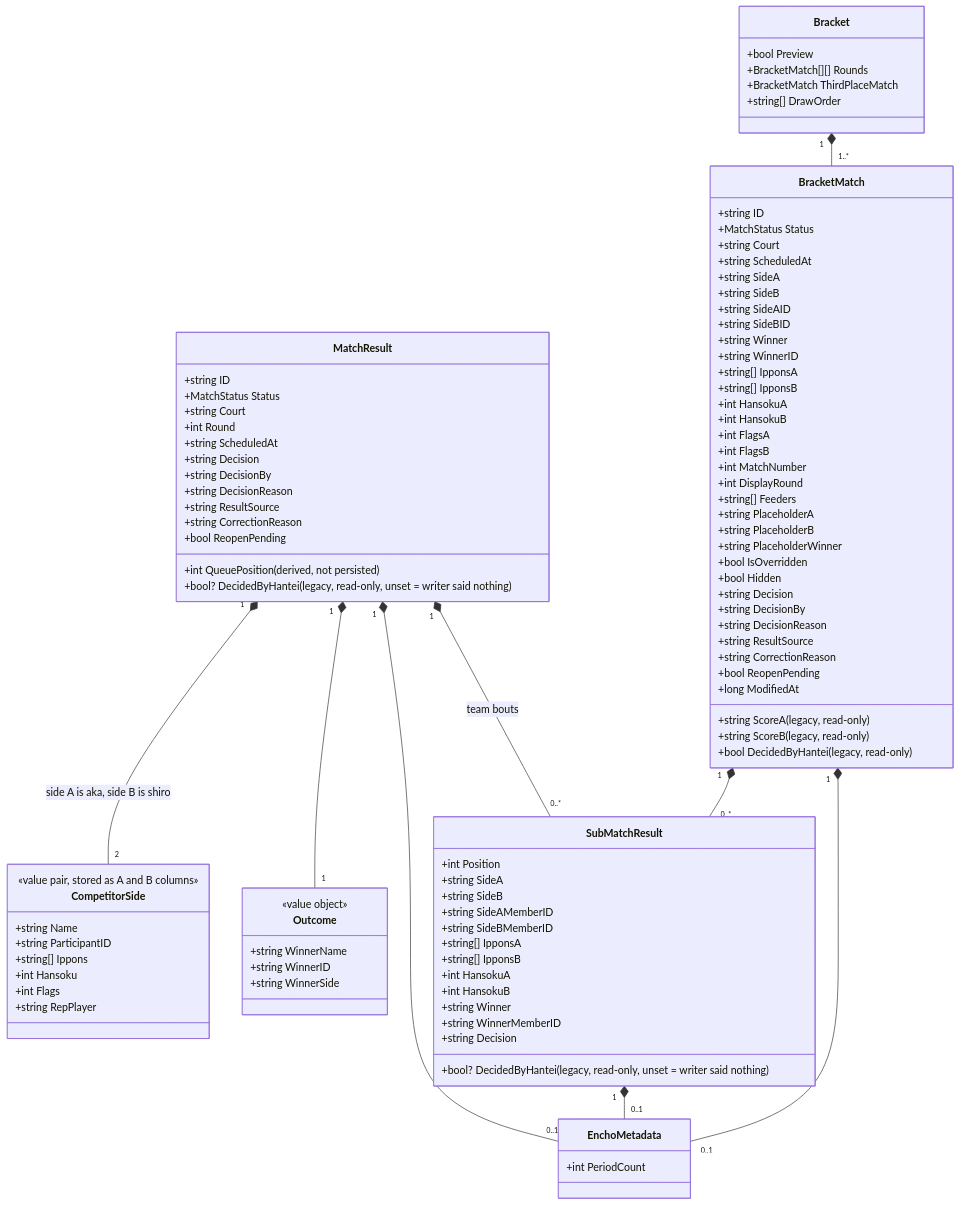
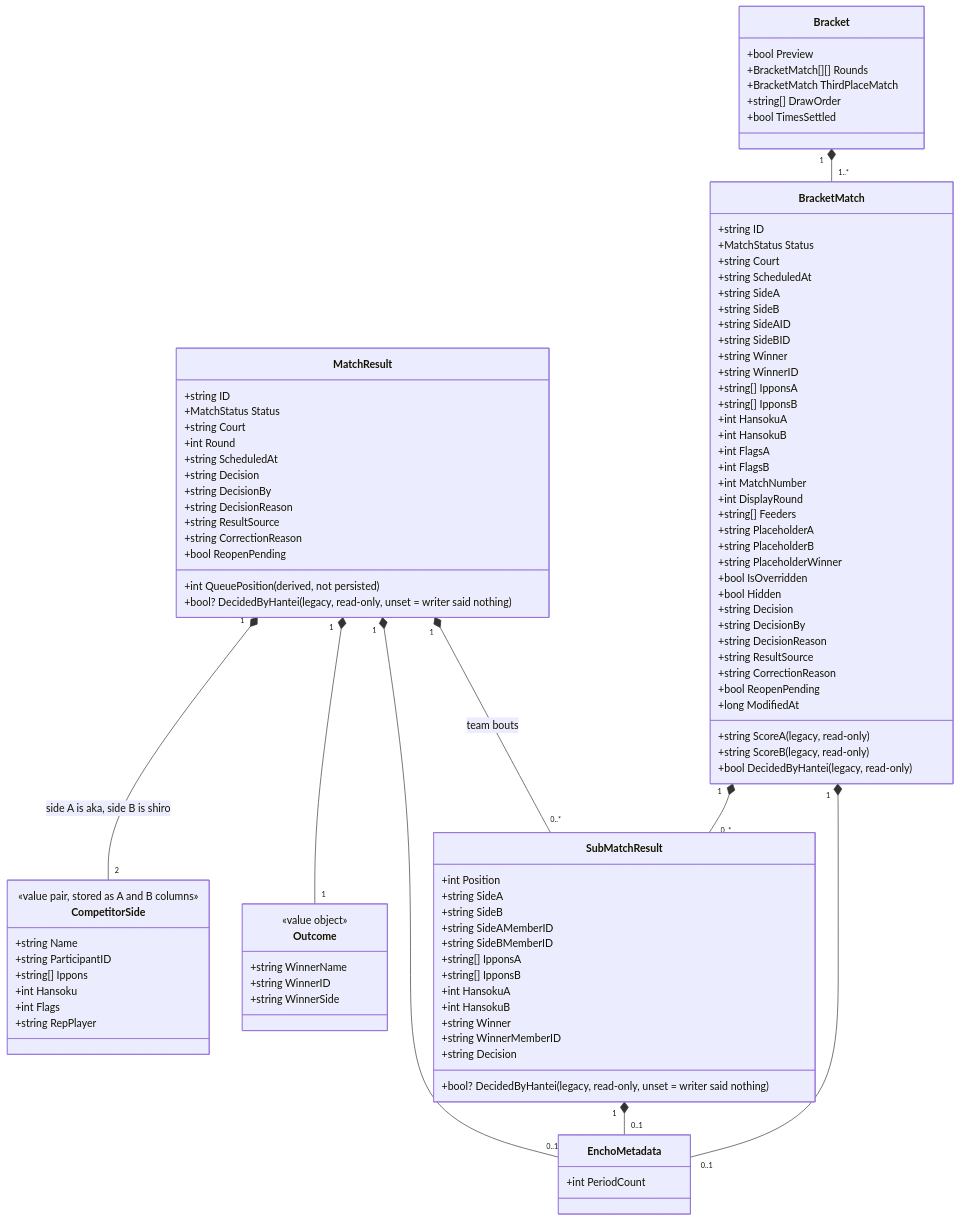
One commit to gitrgoliveira/bracket-creator changed the second of 4 diagrams in docs/architecture/data-model.md. Above: the diagram before and after it, drawn with Mermaid. The commit also changed 17 other files, not shown here.

```diff
--- a/docs/architecture/data-model.md
+++ b/docs/architecture/data-model.md
@@ -239,6 +239,7 @@
         +BracketMatch[][] Rounds
         +BracketMatch ThirdPlaceMatch
         +string[] DrawOrder
+        +bool TimesSettled
     }
 
     class BracketMatch {
```
